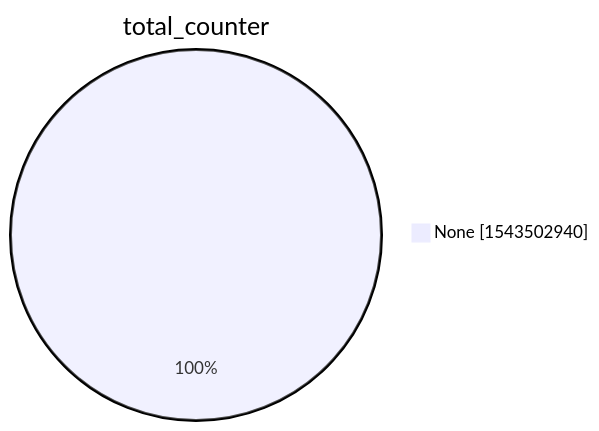
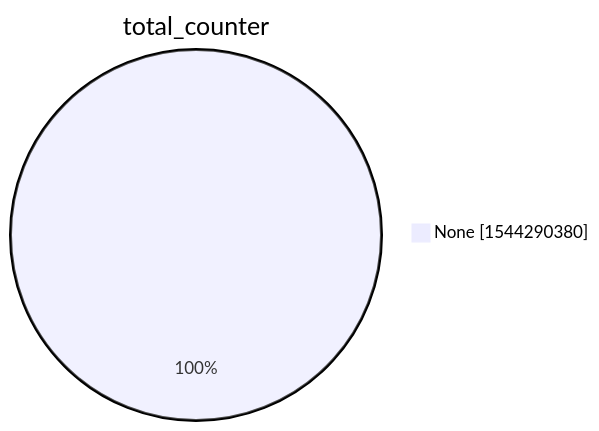
Before and after one commit to christiankrug/ctmonitor_visualization: the second of 15 diagrams in xenon2022/README.md, drawn with Mermaid. The commit also changed other lines of this file, not shown here.

````diff
--- a/xenon2022/README.md
+++ b/xenon2022/README.md
@@ -9,5 +9,5 @@
 ```mermaid
 pie showData
 title total_counter
-"None" :1543502940
+"None" :1544290380
 ```
````
